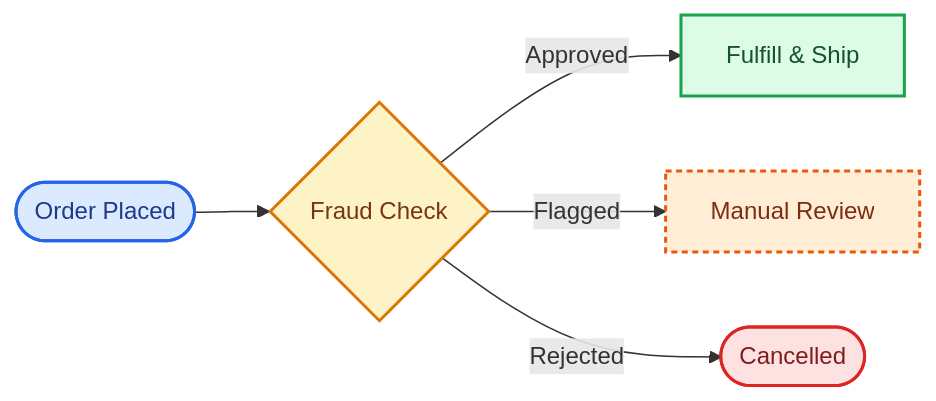
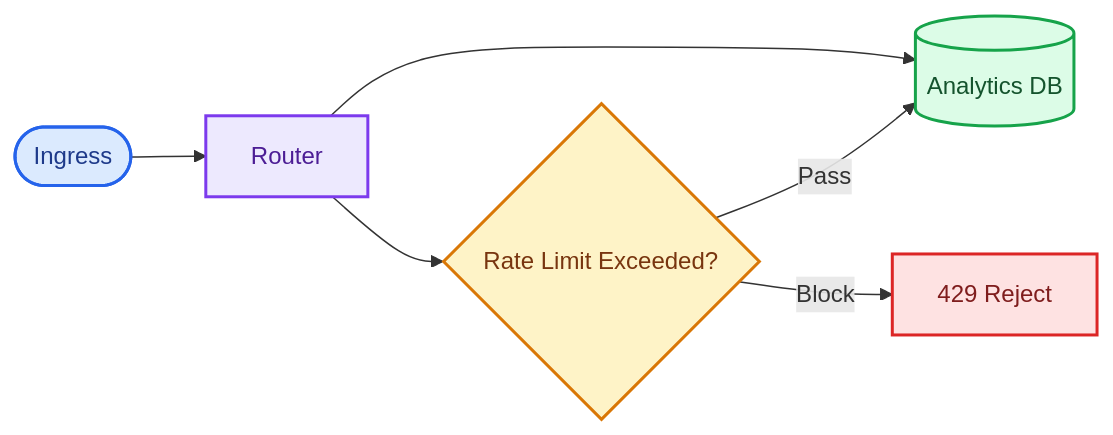
Before and after one commit to tkinnis/pele_dart: the diagram in docs/API_MANUAL.md, drawn with Mermaid. The commit also changed other lines of this file and 37 other files, not shown here.

````diff
--- a/docs/API_MANUAL.md
+++ b/docs/API_MANUAL.md
@@ -341,13 +351,14 @@
 ```mermaid
 flowchart LR
-  A([Order Placed]):::entry --> B{Fraud Check}:::decision
-  B -->|Approved| C[Fulfill & Ship]:::success
-  B -->|Flagged| D[Manual Review]:::warn
-  B -->|Rejected| E([Cancelled]):::danger
+  A([Ingress]):::entry --> B[Router]:::core
+  B --> C[(Analytics DB)]:::storage
+  B --> D{Rate Limit Exceeded?}:::warn
+  D -->|Block| E[429 Reject]:::danger
+  D -->|Pass| C
 
-  classDef entry fill:#dbeafe,stroke:#2563eb,color:#1e3a8a,stroke-width:2px
-  classDef decision fill:#fef3c7,stroke:#d97706,color:#78350f,stroke-width:2px
-  classDef success fill:#dcfce7,stroke:#16a34a,color:#14532d,stroke-width:2px
-  classDef warn fill:#ffedd5,stroke:#ea580c,color:#7c2d12,stroke-width:2px,stroke-dasharray:4 3
-  classDef danger fill:#fee2e2,stroke:#dc2626,color:#7f1d1d,stroke-width:2px
+  classDef entry fill:#dbeafe,stroke:#2563eb,stroke-width:2px,color:#1e3a8a
+  classDef core fill:#ede9fe,stroke:#7c3aed,stroke-width:2px,color:#4c1d95
+  classDef storage fill:#dcfce7,stroke:#16a34a,stroke-width:2px,color:#14532d
+  classDef warn fill:#fef3c7,stroke:#d97706,stroke-width:2px,color:#78350f
+  classDef danger fill:#fee2e2,stroke:#dc2626,stroke-width:2px,color:#7f1d1d
 ```
````
